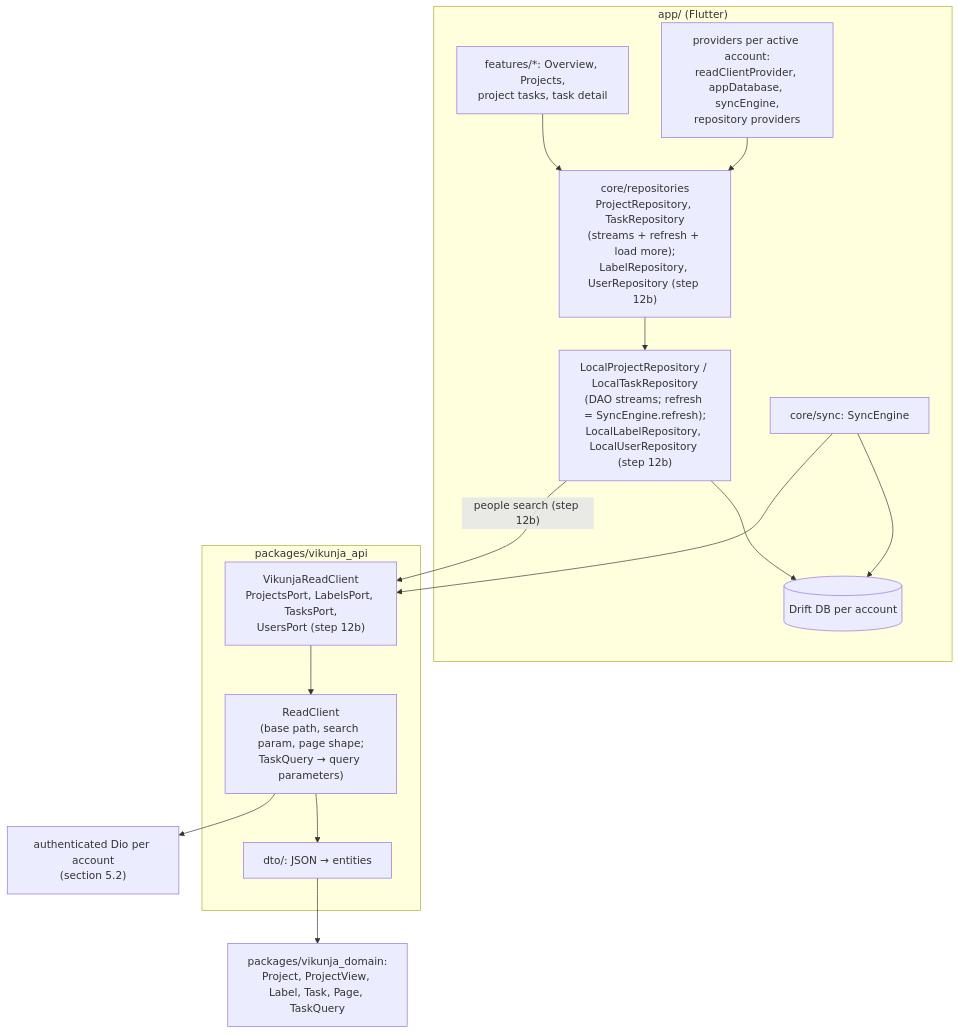
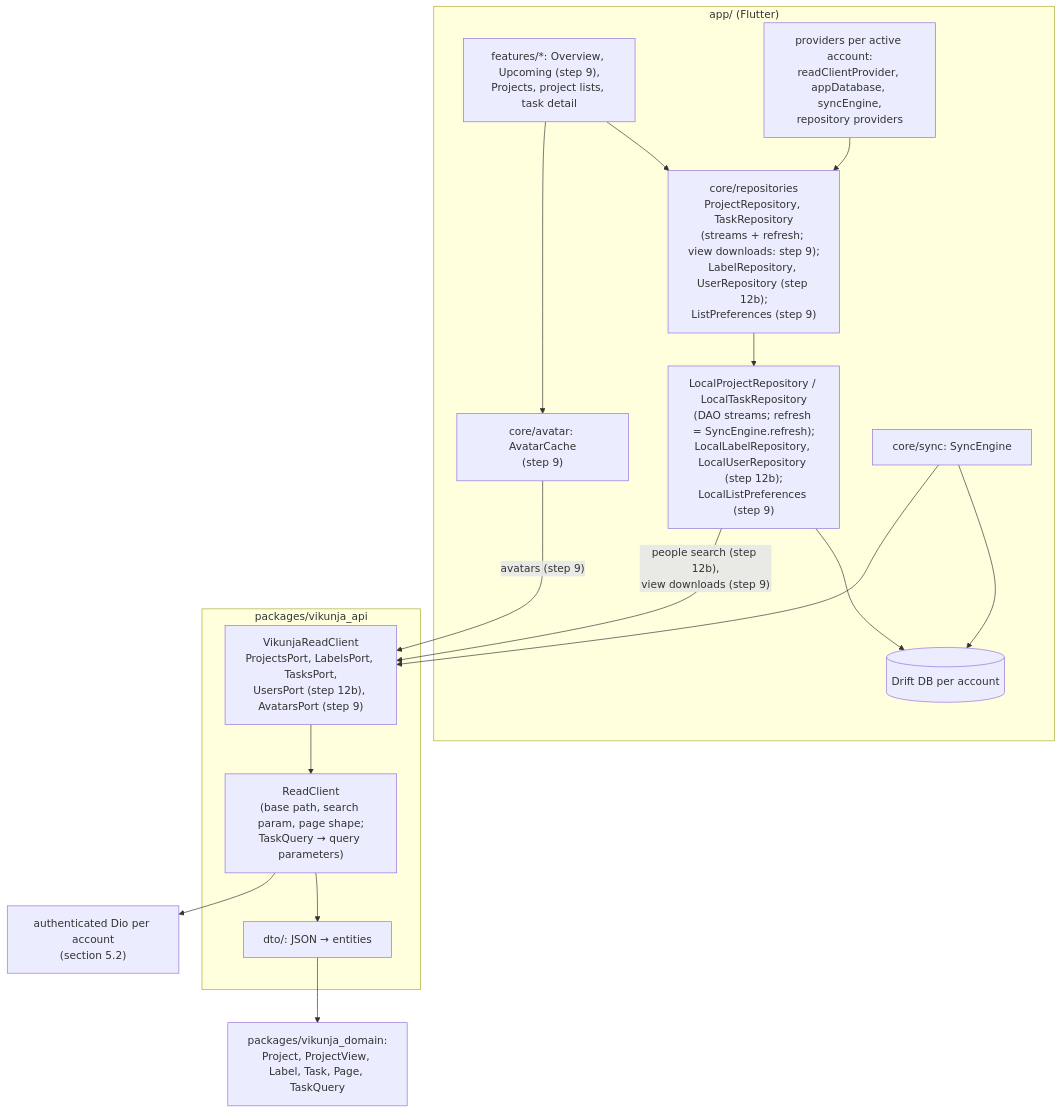
The fifth of 11 diagrams in docs/architecture.md (coderoftime/vikunja-app-ci-test), drawn with Mermaid before and after one commit. The commit also changed other lines of this file and 131 other files, not shown here.

First line of the commit message:
feat: offline task lists per view, Upcoming and richer task rows

````diff
--- a/docs/architecture.md
+++ b/docs/architecture.md
@@ -404,18 +404,20 @@
 ```mermaid
 flowchart TD
   subgraph APP["app/ (Flutter)"]
-    UI["features/*: Overview, Projects,<br/>project tasks, task detail"] --> REPO["core/repositories<br/>ProjectRepository, TaskRepository<br/>(streams + refresh + load more);<br/>LabelRepository, UserRepository (step 12b)"]
+    UI["features/*: Overview, Upcoming (step 9),<br/>Projects, project lists, task detail"] --> REPO["core/repositories<br/>ProjectRepository, TaskRepository<br/>(streams + refresh; view downloads: step 9);<br/>LabelRepository, UserRepository (step 12b);<br/>ListPreferences (step 9)"]
+    UI --> AVATARS["core/avatar: AvatarCache<br/>(step 9)"]
     PROV["providers per active account:<br/>readClientProvider, appDatabase, syncEngine,<br/>repository providers"] --> REPO
-    REPO --> LOCAL["LocalProjectRepository / LocalTaskRepository<br/>(DAO streams; refresh = SyncEngine.refresh);<br/>LocalLabelRepository, LocalUserRepository (step 12b)"]
+    REPO --> LOCAL["LocalProjectRepository / LocalTaskRepository<br/>(DAO streams; refresh = SyncEngine.refresh);<br/>LocalLabelRepository, LocalUserRepository (step 12b);<br/>LocalListPreferences (step 9)"]
     LOCAL --> DB[("Drift DB per account")]
     SYNC["core/sync: SyncEngine"] --> DB
   end
   subgraph API["packages/vikunja_api"]
-    PORTS["VikunjaReadClient<br/>ProjectsPort, LabelsPort, TasksPort,<br/>UsersPort (step 12b)"] --> RC["ReadClient<br/>(base path, search param, page shape;<br/>TaskQuery → query parameters)"]
+    PORTS["VikunjaReadClient<br/>ProjectsPort, LabelsPort, TasksPort,<br/>UsersPort (step 12b), AvatarsPort (step 9)"] --> RC["ReadClient<br/>(base path, search param, page shape;<br/>TaskQuery → query parameters)"]
     RC --> DTO["dto/: JSON → entities"]
   end
   SYNC --> PORTS
-  LOCAL -- "people search (step 12b)" --> PORTS
+  LOCAL -- "people search (step 12b),<br/>view downloads (step 9)" --> PORTS
+  AVATARS -- "avatars (step 9)" --> PORTS
   RC --> DIO["authenticated Dio per account<br/>(section 5.2)"]
   DTO --> DOM["packages/vikunja_domain:<br/>Project, ProjectView, Label, Task, Page, TaskQuery"]
 ```
````
